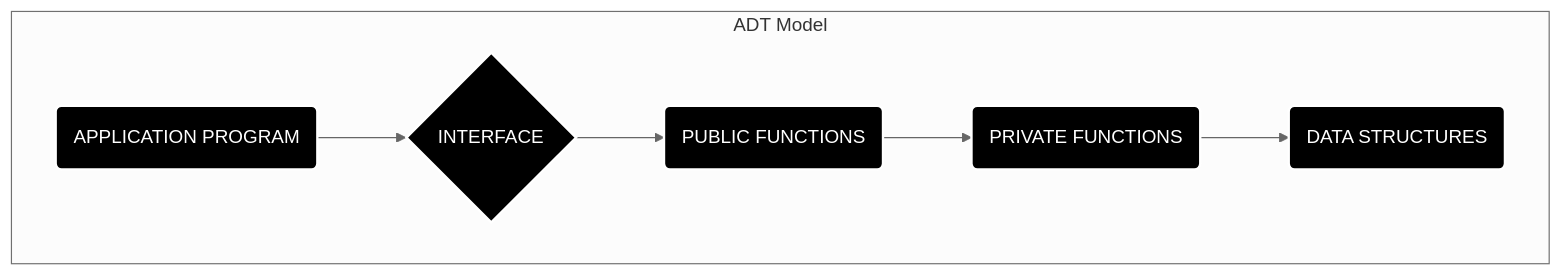
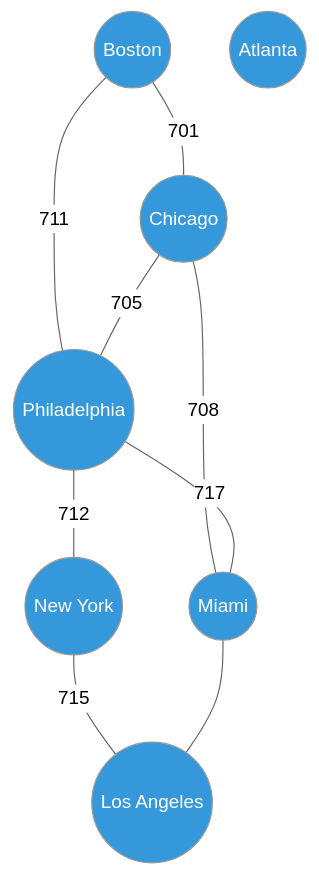
One commit to M-F-Tushar/CSE-2101-Data-Structure changed the eighth of 17 diagrams in Chapter 1 - Introduction and Overview /README.md. Above: the diagram before and after it, drawn with Mermaid (neutral theme). The commit also changed other lines of this file, not shown here.

````diff
--- a/Chapter 1 - Introduction and Overview /README.md
+++ b/Chapter 1 - Introduction and Overview /README.md
@@ -956,14 +705,27 @@
 ```mermaid
-graph TD;
-    subgraph ADT Model
-        A(APPLICATION PROGRAM) --> B{INTERFACE};
-        B --> C(PUBLIC FUNCTIONS);
-        C --> D(PRIVATE FUNCTIONS);
-        D --> E(DATA STRUCTURES);
-    end
-    style A fill:#000,stroke:#fff,stroke-width:2px,color:#fff
-    style B fill:#000,stroke:#fff,stroke-width:2px,color:#fff
-    style C fill:#000,stroke:#fff,stroke-width:2px,color:#fff
-    style D fill:#000,stroke:#fff,stroke-width:2px,color:#fff
-    style E fill:#000,stroke:#fff,stroke-width:2px,color:#fff
+graph TD
+    BOS((Boston))
+    CHI((Chicago))
+    MIA((Miami))
+    PHI((Philadelphia))
+    ATL((Atlanta))
+    NYC((New York))
+    LA((Los Angeles))
+    
+    BOS ---|701| CHI
+    BOS ---|711| PHI
+    CHI ---|705| PHI
+    CHI ---|708| MIA
+    PHI ---|712| NYC
+    PHI ---|717| MIA
+    NYC ---|715| LA
+    MIA --- LA
+
+    style BOS fill:#3498db,color:#fff
+    style CHI fill:#3498db,color:#fff
+    style MIA fill:#3498db,color:#fff
+    style PHI fill:#3498db,color:#fff
+    style ATL fill:#3498db,color:#fff
+    style NYC fill:#3498db,color:#fff
+    style LA fill:#3498db,color:#fff
 ```
````
